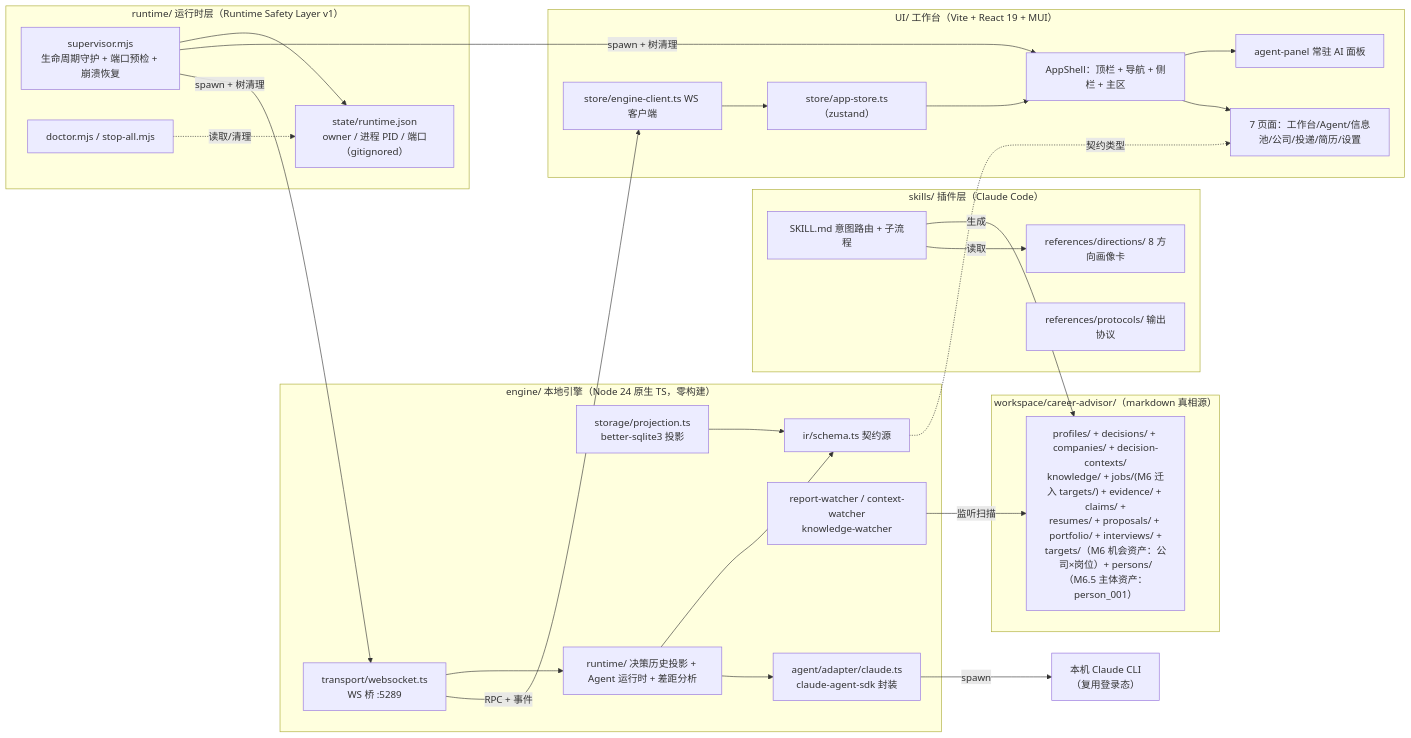
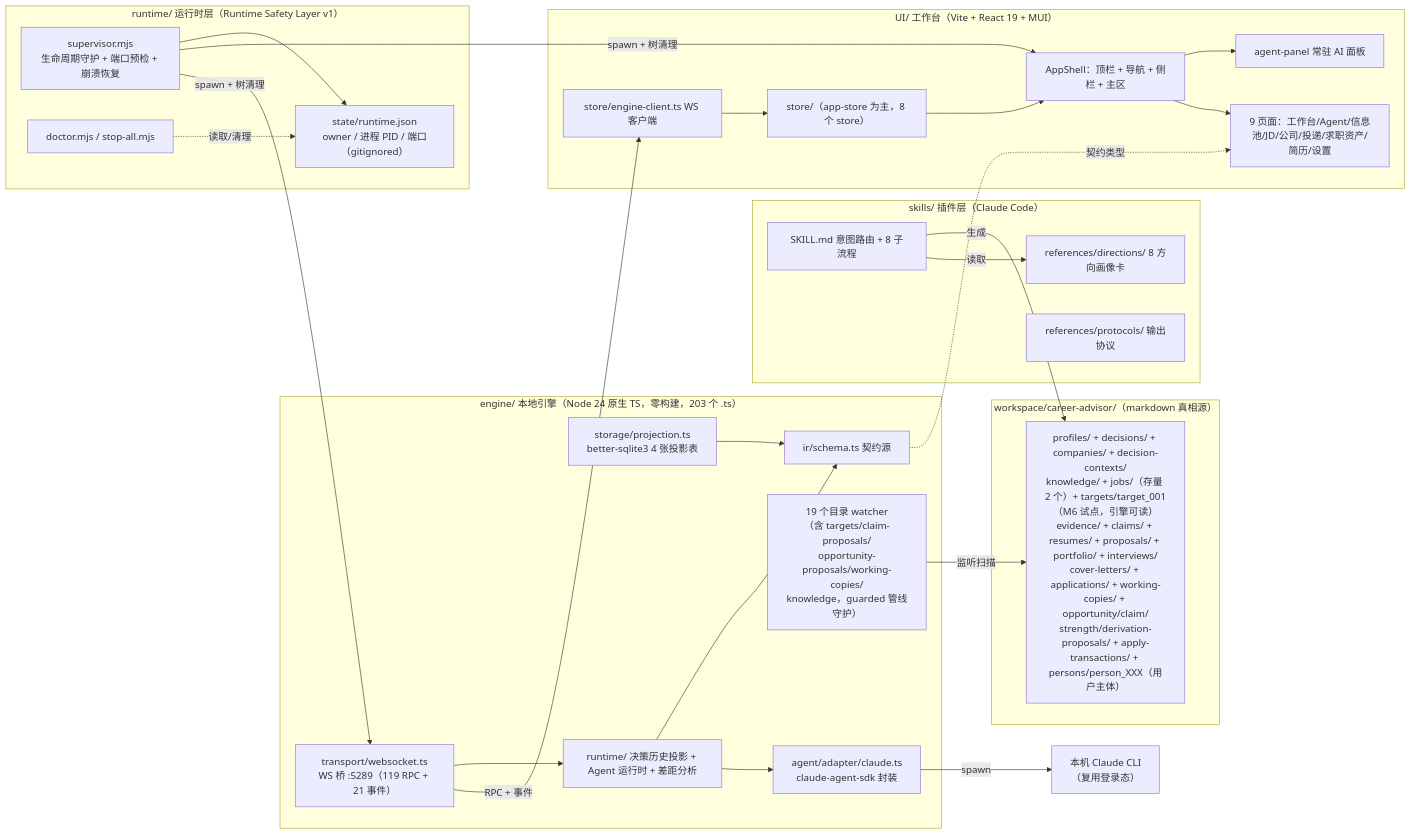
The diagram in ARCHITECTURE.md (Friend-Xu/career-os), drawn with Mermaid before and after one commit. The commit also changed other lines of this file and 6 other files, not shown here.

First line of the commit message:
fix+docs: 契约面校准——版本收敛 2.9 + epistemic 声明撤销 + ARCHITECTURE 全面校准（F14/F15/F18）

````diff
--- a/ARCHITECTURE.md
+++ b/ARCHITECTURE.md
@@ -9,53 +9,53 @@
 ```mermaid
 flowchart LR
     subgraph 技能层["skills/ 插件层（Claude Code）"]
-        SK["SKILL.md 意图路由 + 子流程"]
+        SK["SKILL.md 意图路由 + 8 子流程"]
         DIR["references/directions/ 8 方向画像卡"]
         PROT["references/protocols/ 输出协议"]
     end
 
-    subgraph 引擎["engine/ 本地引擎（Node 24 原生 TS，零构建）"]
-        WS["transport/websocket.ts<br/>WS 桥 :5289"]
+    subgraph 引擎["engine/ 本地引擎（Node 24 原生 TS，零构建，203 个 .ts）"]
+        WS["transport/websocket.ts<br/>WS 桥 :5289（119 RPC + 21 事件）"]
         IR["ir/schema.ts 契约源"]
-        PROJ["storage/projection.ts<br/>better-sqlite3 投影"]
-        WATCH["report-watcher / context-watcher<br/>knowledge-watcher"]
+        PROJ["storage/projection.ts<br/>better-sqlite3 4 张投影表"]
+        WATCH["19 个目录 watcher<br/>（含 targets/claim-proposals/<br/>opportunity-proposals/working-copies/<br/>knowledge，guarded 管线守护）"]
         RUNTIME["runtime/ 决策历史投影 + Agent 运行时 + 差距分析"]
         AGENT["agent/adapter/claude.ts<br/>claude-agent-sdk 封装"]
     end
 
     subgraph 前端["UI/ 工作台（Vite + React 19 + MUI）"]
         SHELL["AppShell：顶栏 + 导航 + 侧栏 + 主区"]
         PANEL["agent-panel 常驻 AI 面板"]
-        STORE["store/app-store.ts（zustand）"]
+        STORE["store/（app-store 为主，8 个 store）"]
         CLIENT["store/engine-client.ts WS 客户端"]
-        PAGES["7 页面：工作台/Agent/信息池/公司/投递/简历/设置"]
+        PAGES["9 页面：工作台/Agent/信息池/JD/公司/投递/求职资产/简历/设置"]
     end
 
     subgraph 运行时["runtime/ 运行时层（Runtime Safety Layer v1）"]
         SUP["supervisor.mjs<br/>生命周期守护 + 端口预检 + 崩溃恢复"]
         STORE2["state/runtime.json<br/>owner / 进程 PID / 端口（gitignored）"]
         DOCTOR["doctor.mjs / stop-all.mjs"]
     end
 
     subgraph 数据["workspace/career-advisor/（markdown 真相源）"]
-        MD["profiles/ + decisions/ + companies/ + decision-contexts/<br/>knowledge/ + jobs/(M6 迁入 targets/) + evidence/ + claims/ +<br/>resumes/ + proposals/ + portfolio/ + interviews/ +<br/>targets/（M6 机会资产：公司×岗位）+ persons/（M6.5 主体资产：person_001）"]
+        MD["profiles/ + decisions/ + companies/ + decision-contexts/<br/>knowledge/ + jobs/（存量 2 个）+ targets/target_001（M6 试点，引擎可读）<br/>evidence/ + claims/ + resumes/ + proposals/ + portfolio/ + interviews/<br/>cover-letters/ + applications/ + working-copies/ + opportunity/claim/<br/>strength/derivation-proposals/ + apply-transactions/ + persons/person_XXX（用户主体）"]
     end
 
     SK -->|读取| DIR
     SK -->|生成| MD
     WATCH -->|监听扫描| MD
     IR -.->|契约类型| PAGES
     WS -->|RPC + 事件| CLIENT
     CLIENT --> STORE
     STORE --> SHELL
     SHELL --> PAGES
     SUP -->|spawn + 树清理| WS
     SUP -->|spawn + 树清理| SHELL
     SUP --> STORE2
     DOCTOR -.->|读取/清理| STORE2
     SHELL --> PANEL
     AGENT -->|spawn| CLI["本机 Claude CLI<br/>（复用登录态）"]
     WS --> RUNTIME --> AGENT
     PROJ --> IR
     RUNTIME --> IR
 ```
````
